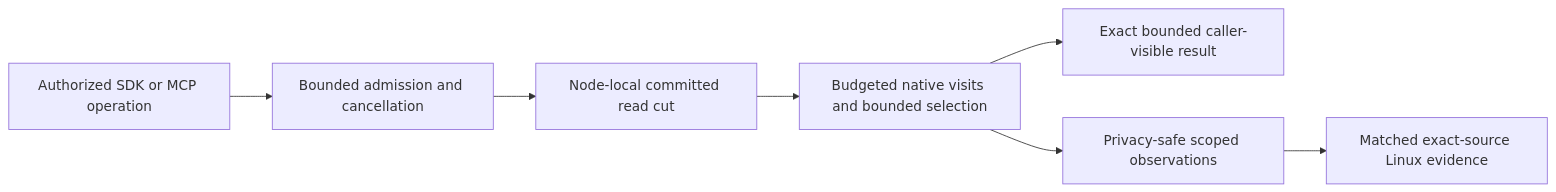
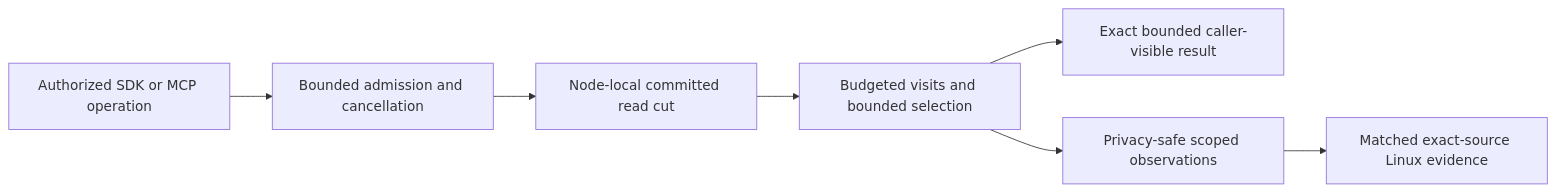
Before and after one commit to managedcode/KeyLoad: the diagram in docs/ADR/ADR-035-memory-performance.md, drawn with Mermaid. The commit also changed other lines of this file and 9016 other files, not shown here.

````diff
--- a/docs/ADR/ADR-035-memory-performance.md
+++ b/docs/ADR/ADR-035-memory-performance.md
@@ -106,9 +106,9 @@
 ```mermaid
 flowchart LR
     Caller[Authorized SDK or MCP operation] --> Admit[Bounded admission and cancellation]
     Admit --> Cut[Node-local committed read cut]
-    Cut --> Work[Budgeted native visits and bounded selection]
+    Cut --> Work[Budgeted visits and bounded selection]
     Work --> Result[Exact bounded caller-visible result]
     Work --> Observe[Privacy-safe scoped observations]
     Observe --> Qualify[Matched exact-source Linux evidence]
 ```
````
